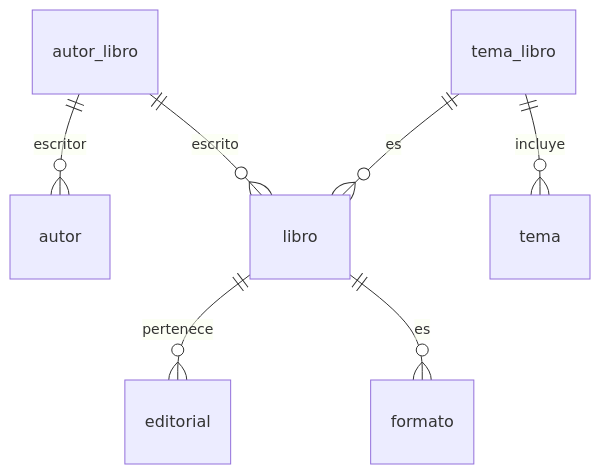
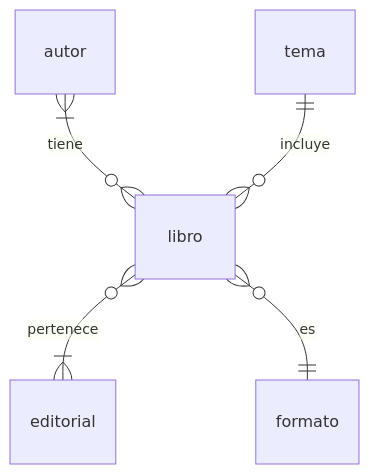
Before and after one commit to litoralcreativo/tpfinal-lab4: the diagram in readme.md, drawn with Mermaid.

Commit message:
cambio en el ERD del readme

````diff
--- a/readme.md
+++ b/readme.md
@@ -11,10 +11,8 @@
 ```mermaid
 erDiagram
-    autor_libro ||--o{ autor : escritor
-    autor_libro ||--o{ libro : escrito
-    libro ||--o{ editorial : pertenece
-    libro ||--o{ formato : es
-    tema_libro ||--o{ libro : es
-    tema_libro ||--o{ tema : incluye
+    autor }|--o{ libro : tiene
+    libro }o--|{ editorial : pertenece
+    libro }o--|| formato : es
+    tema ||--o{ libro : incluye
 
 ```
````
